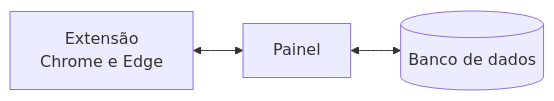
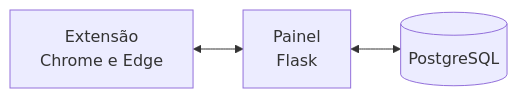
The diagram in README.md (GabrielVCB/Sentinela), drawn with Mermaid before and after one commit. The commit also changed other lines of this file and 35 other files, not shown here.

````diff
--- a/README.md
+++ b/README.md
@@ -161,4 +90,4 @@
 ```mermaid
 flowchart LR
-    E["Extensão<br/>Chrome e Edge"] <--> P["Painel"] <--> D[("Banco de dados")]
+    E["Extensão<br/>Chrome e Edge"] <--> P["Painel<br/>Flask"] <--> D[("PostgreSQL")]
 ```
````
